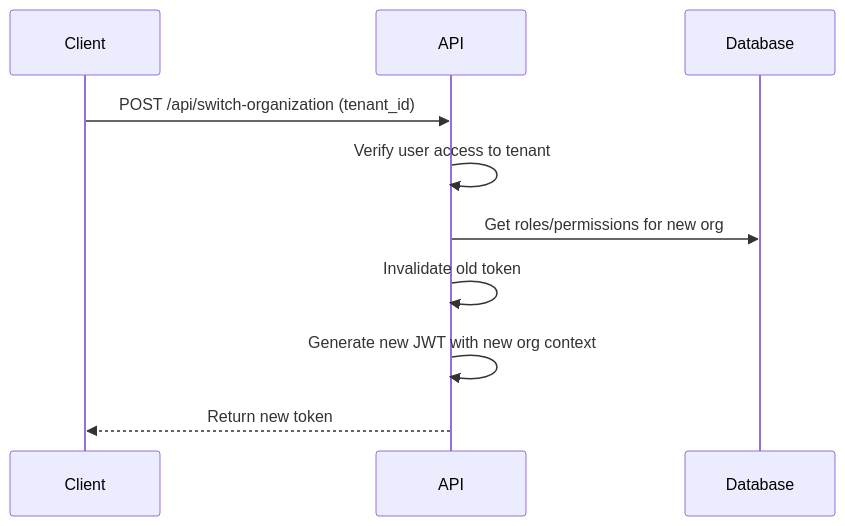
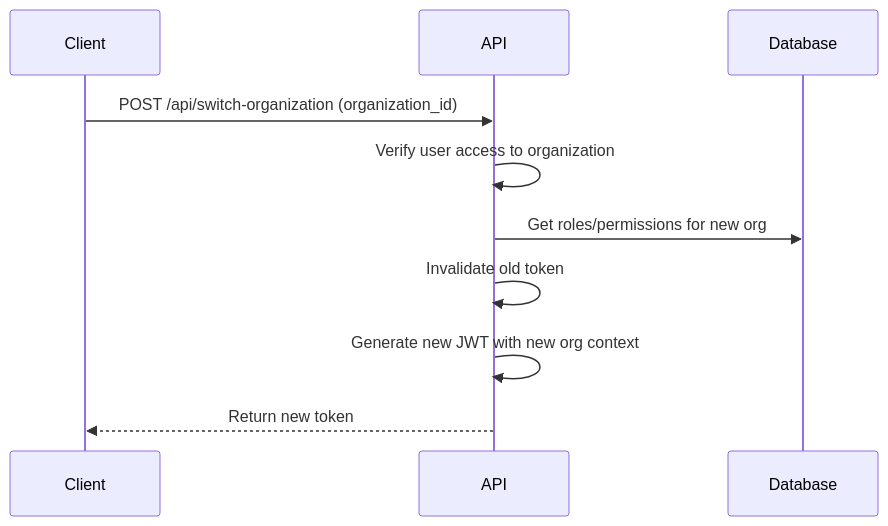
One commit to yiireerp/core changed the second of 3 diagrams in docs/AUTHENTICATION.md. Above: the diagram before and after it, drawn with Mermaid. The commit also changed other lines of this file and 106 other files, not shown here.

````diff
--- a/docs/AUTHENTICATION.md
+++ b/docs/AUTHENTICATION.md
@@ -765,9 +774,9 @@
 ```mermaid
 sequenceDiagram
-    Client->>API: POST /api/switch-organization (tenant_id)
-    API->>API: Verify user access to tenant
+    Client->>API: POST /api/switch-organization (organization_id)
+    API->>API: Verify user access to organization
     API->>Database: Get roles/permissions for new org
     API->>API: Invalidate old token
     API->>API: Generate new JWT with new org context
     API-->>Client: Return new token
 ```
````
